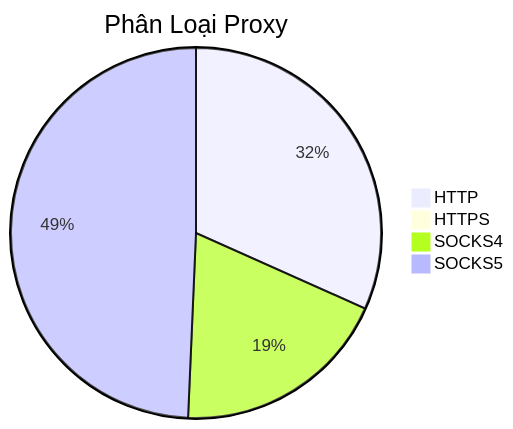
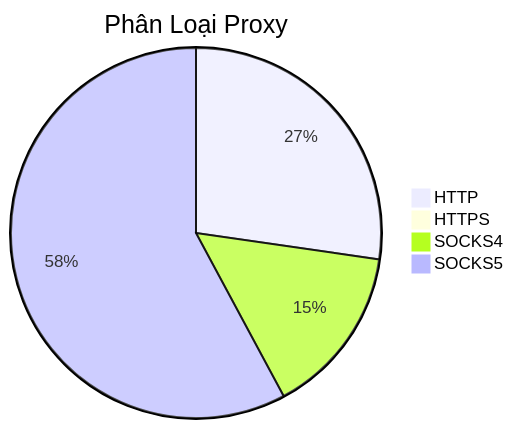
The diagram in README.md (Ciara-12/PROXY-free), drawn with Mermaid before and after one commit. The commit also changed other lines of this file and 4 other files, not shown here.

````diff
--- a/README.md
+++ b/README.md
@@ -26,7 +26,7 @@
 ```mermaid
 pie title Phân Loại Proxy
-    "HTTP" : 674
+    "HTTP" : 690
     "HTTPS" : 1
-    "SOCKS4" : 404
-    "SOCKS5" : 1049
+    "SOCKS4" : 376
+    "SOCKS5" : 1463
 ```
````
